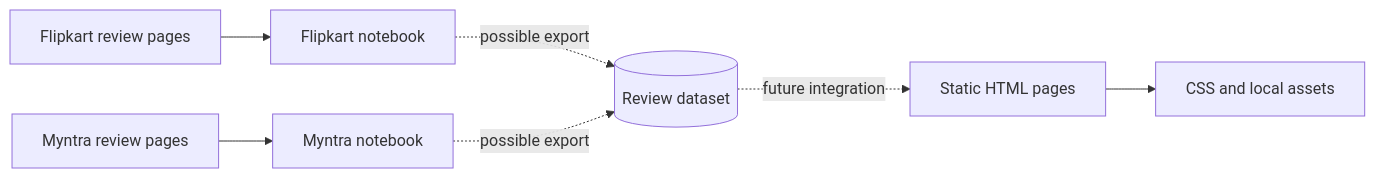
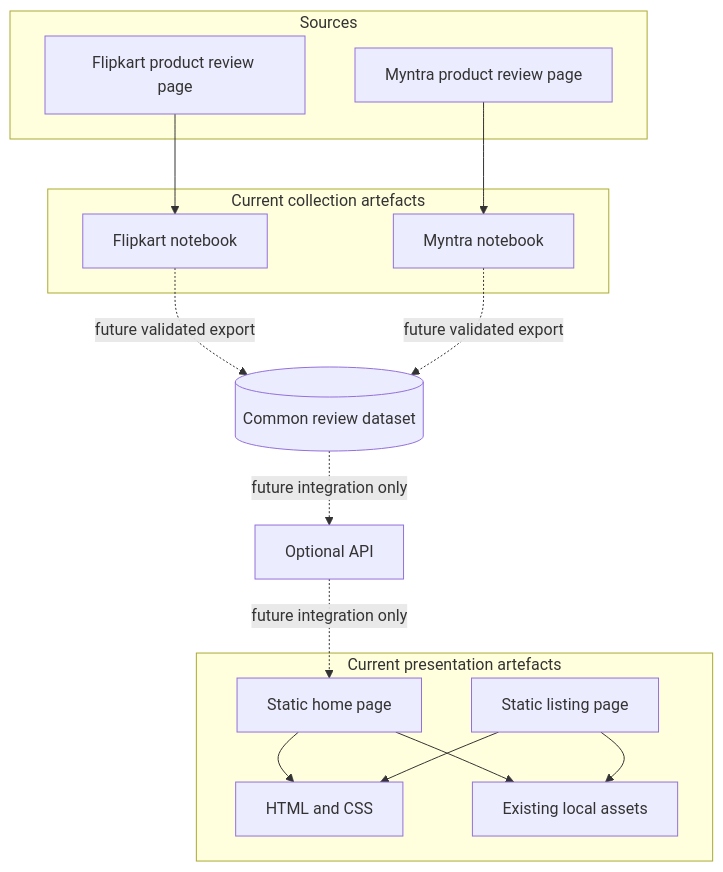
Before and after one commit to Brajesh31/Analysis-of-products-using-NLP: the second of 2 diagrams in README.md, drawn with Mermaid. The commit also changed other lines of this file, not shown here.

````diff
--- a/README.md
+++ b/README.md
@@ -71,9 +142,27 @@
 ```mermaid
-flowchart LR
-  F[Flipkart review pages] --> NF[Flipkart notebook]
-  M[Myntra review pages] --> NM[Myntra notebook]
-  NF -. possible export .-> D[(Review dataset)]
-  NM -. possible export .-> D
-  UI[Static HTML pages] --> CSS[CSS and local assets]
-  D -. future integration .-> UI
+flowchart TB
+  subgraph Sources
+    F[Flipkart product review page]
+    M[Myntra product review page]
+  end
+  subgraph Current collection artefacts
+    FN[Flipkart notebook]
+    MN[Myntra notebook]
+  end
+  subgraph Current presentation artefacts
+    H[Static home page]
+    L[Static listing page]
+    CSS[HTML and CSS]
+    AS[Existing local assets]
+  end
+  F --> FN
+  M --> MN
+  H --> CSS
+  L --> CSS
+  H --> AS
+  L --> AS
+  FN -. future validated export .-> D[(Common review dataset)]
+  MN -. future validated export .-> D
+  D -. future integration only .-> API[Optional API]
+  API -. future integration only .-> H
 ```
````
